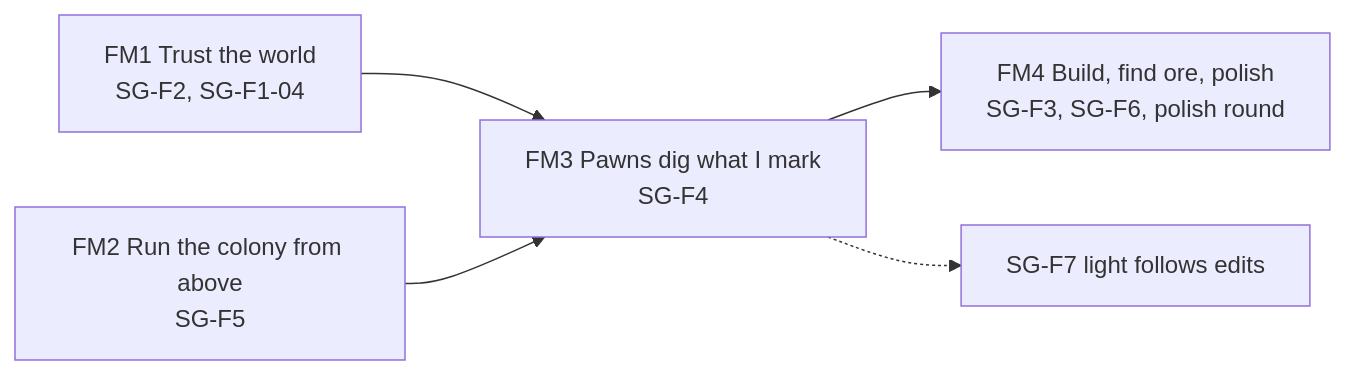
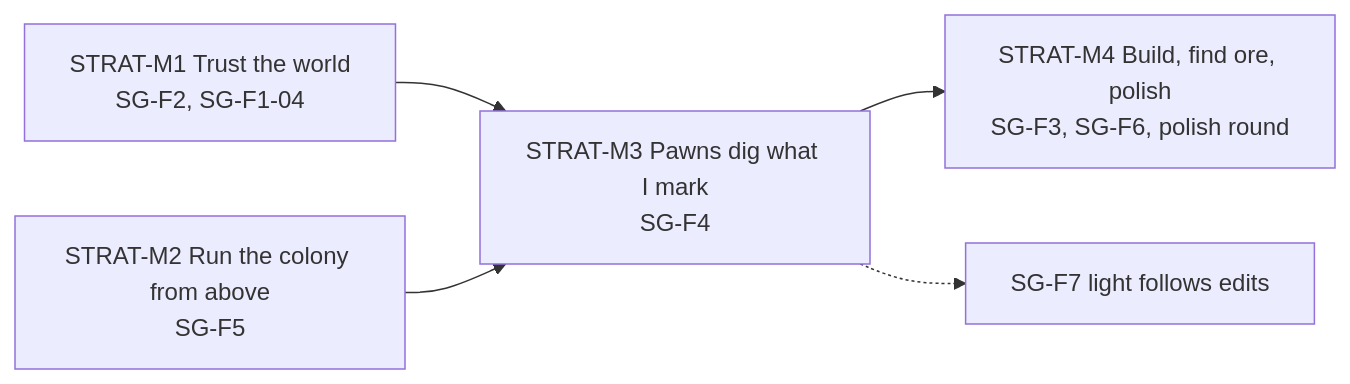
One commit to WrackedFella/moho changed the diagram in wiki/flagstone/roadmap.md. Above: the diagram before and after it, drawn with Mermaid. The commit also changed other lines of this file and 4 other files, not shown here.

````diff
--- a/wiki/flagstone/roadmap.md
+++ b/wiki/flagstone/roadmap.md
@@ -16,7 +16,7 @@
 ```mermaid
 flowchart LR
-    FM1["FM1 Trust the world<br/>SG-F2, SG-F1-04"] --> FM3
-    FM2["FM2 Run the colony from above<br/>SG-F5"] --> FM3
-    FM3["FM3 Pawns dig what I mark<br/>SG-F4"] --> FM4["FM4 Build, find ore, polish<br/>SG-F3, SG-F6, polish round"]
-    FM3 -.-> L["SG-F7 light follows edits"]
+    STRAT-M1["STRAT-M1 Trust the world<br/>SG-F2, SG-F1-04"] --> STRAT-M3
+    STRAT-M2["STRAT-M2 Run the colony from above<br/>SG-F5"] --> STRAT-M3
+    STRAT-M3["STRAT-M3 Pawns dig what I mark<br/>SG-F4"] --> STRAT-M4["STRAT-M4 Build, find ore, polish<br/>SG-F3, SG-F6, polish round"]
+    STRAT-M3 -.-> L["SG-F7 light follows edits"]
 ```
````
